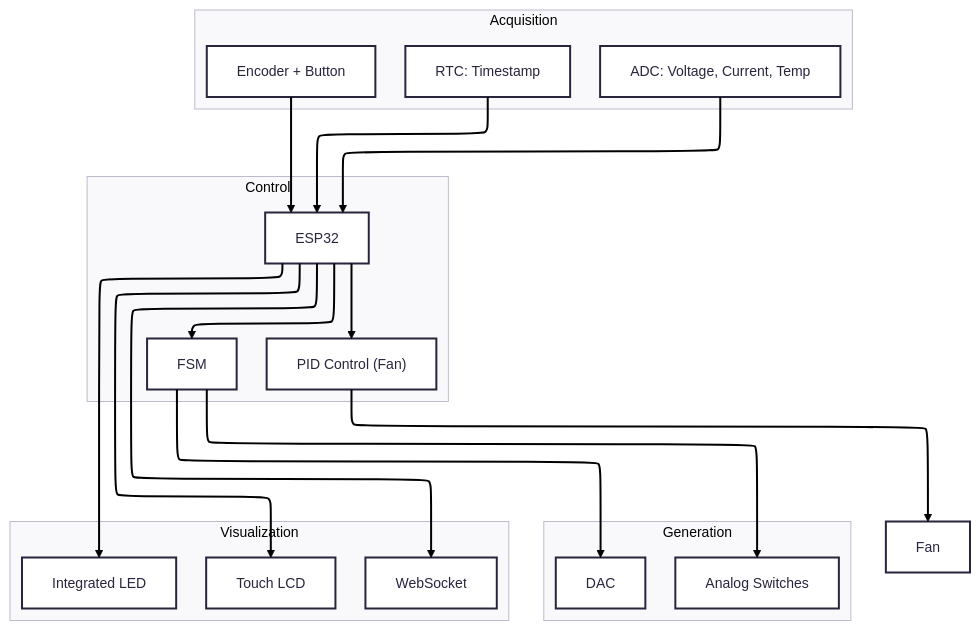
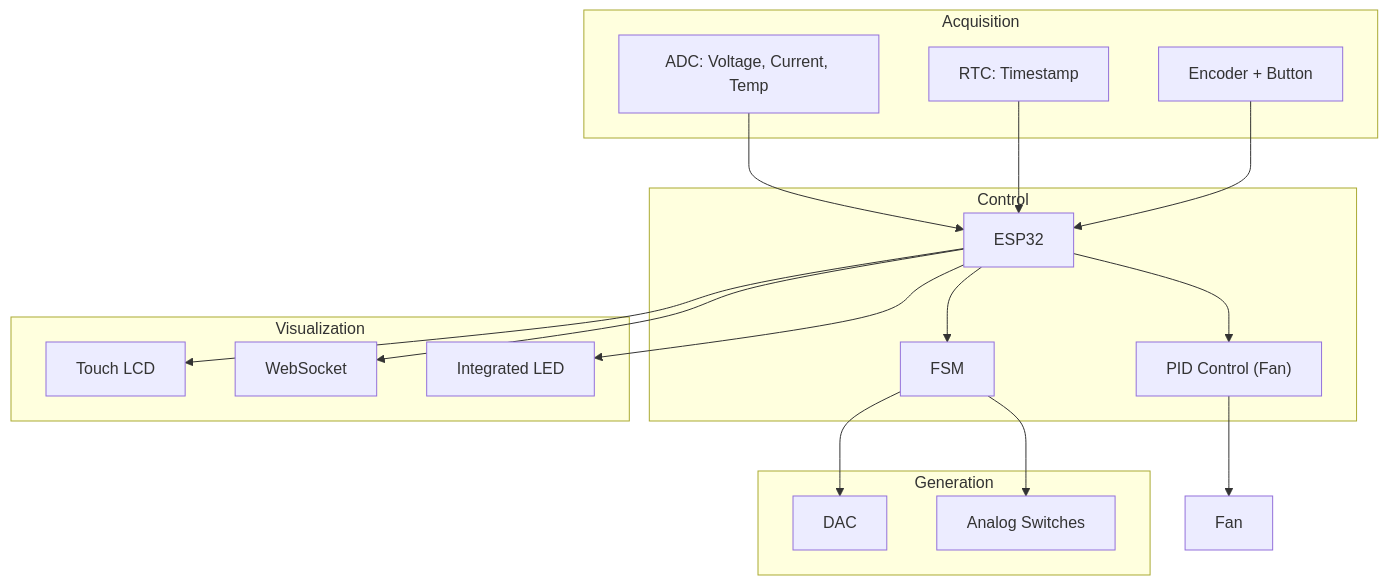
The second of 3 diagrams in docs/index.md (lucas-vidmar/electronic-load), drawn with Mermaid before and after one commit. The commit also changed other lines of this file, not shown here.

Commit message:
removing local configurations on diagrams

```diff
--- a/docs/index.md
+++ b/docs/index.md
@@ -69,33 +64,28 @@
 <div class="mermaid">
----
-config:
-  theme: redux
-  layout: elk
----
 flowchart TD
  subgraph s1["Acquisition"]
         ADC["ADC: Voltage, Current, Temp"]
         RTC["RTC: Timestamp"]
         Enc["Encoder + Button"]
   end
  subgraph Control["Control"]
         MCU["ESP32"]
         FSM["FSM"]
         PID["PID Control (Fan)"]
   end
  subgraph s2["Generation"]
         DAC["DAC"]
         SW["Analog Switches"]
   end
  subgraph s3["Visualization"]
         LCD["Touch LCD"]
         WS["WebSocket"]
         LED["Integrated LED"]
   end
     ADC --> MCU
     RTC --> MCU
     Enc --> MCU
     MCU --> FSM & PID & LCD & WS & LED
     FSM --> DAC & SW
     PID --> FAN["Fan"]
 </div>
```
